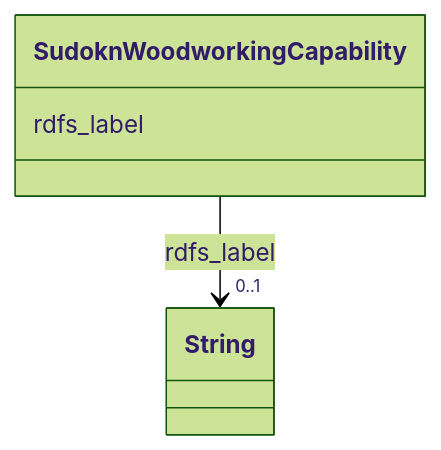
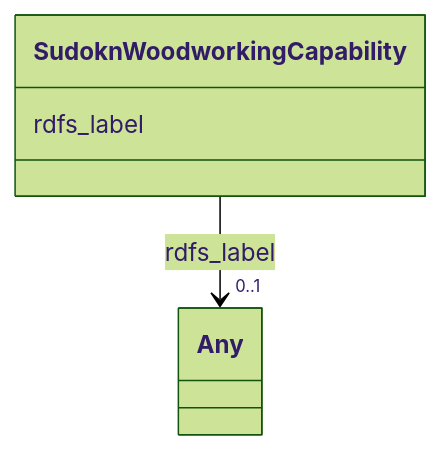
One commit to frink-okn/graph-descriptions changed the diagram in sudokn-kg/classes/SudoknWoodworkingCapability.md. Above: the diagram before and after it, drawn with Mermaid (forest theme). The commit also changed other lines of this file and 903 other files, not shown here.

````diff
--- a/sudokn-kg/classes/SudoknWoodworkingCapability.md
+++ b/sudokn-kg/classes/SudoknWoodworkingCapability.md
@@ -23,15 +18,15 @@
 ```mermaid
  classDiagram
     class SudoknWoodworkingCapability
     click SudoknWoodworkingCapability href "../SudoknWoodworkingCapability"
       SudoknWoodworkingCapability : rdfs_label
         
           
     
     
-    SudoknWoodworkingCapability --> "0..1" String : rdfs_label
-    click String href "../String"
+    SudoknWoodworkingCapability --> "0..1" Any : rdfs_label
+    click Any href "../Any"
 
         
       
 ```
````
